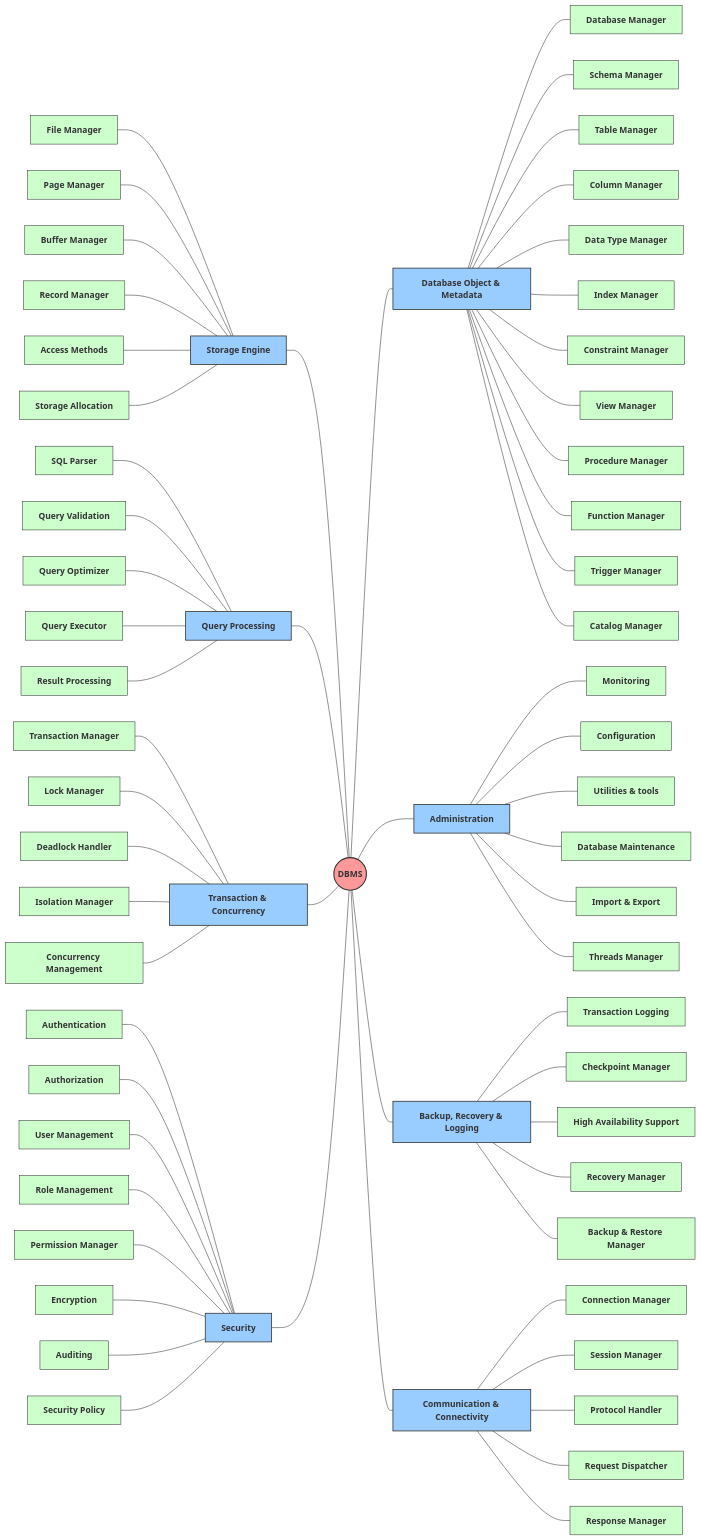
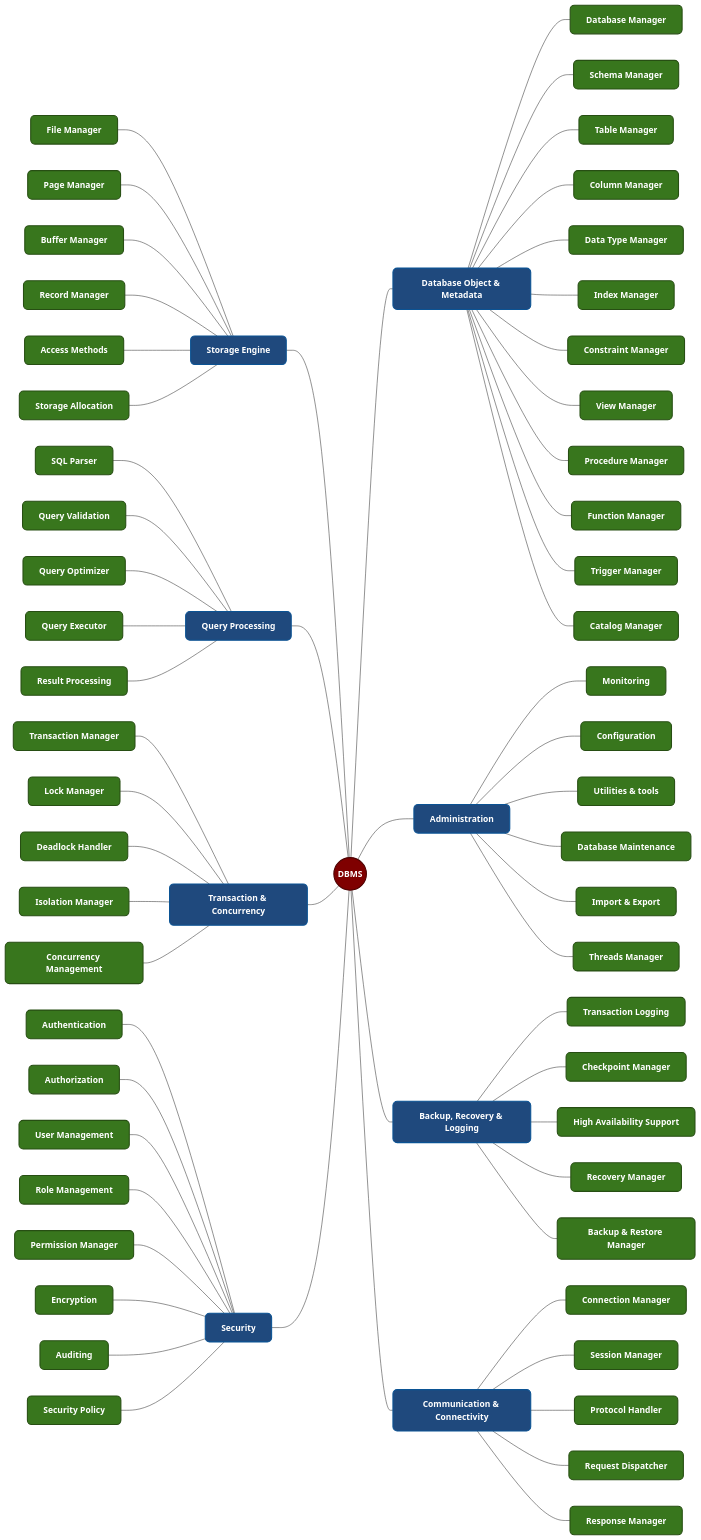
The diagram in docs/architcture/DBMS_layer2.md (Ricky13170/DBMS), drawn with Mermaid before and after one commit.

```diff
--- a/docs/architcture/DBMS_layer2.md
+++ b/docs/architcture/DBMS_layer2.md
@@ -6,9 +6,9 @@
 graph LR
     %% Styles & Colors
     classDef default fill:#f9f9f9,stroke:#333,stroke-width:1px;
-    classDef root fill:#ff9999,stroke:#333,stroke-width:2px,font-weight:bold;
-    classDef layer1 fill:#99ccff,stroke:#333,stroke-width:1.5px,font-weight:bold;
-    classDef layer2 fill:#ccffcc,stroke:#333,stroke-width:1px;
+    classDef root fill:#7f0000,color:#ffffff,stroke:#4c0000,stroke-width:2px,font-weight:bold,rx:8,ry:8;
+    classDef layer1 fill:#1f497d,color:#ffffff,stroke:#0b5394,stroke-width:2px,font-weight:bold,rx:8,ry:8;
+    classDef layer2 fill:#38761d,color:#ffffff,stroke:#274e13,stroke-width:2px,rx:8,ry:8;
 
     %% Root
     db((DBMS)):::root
```
